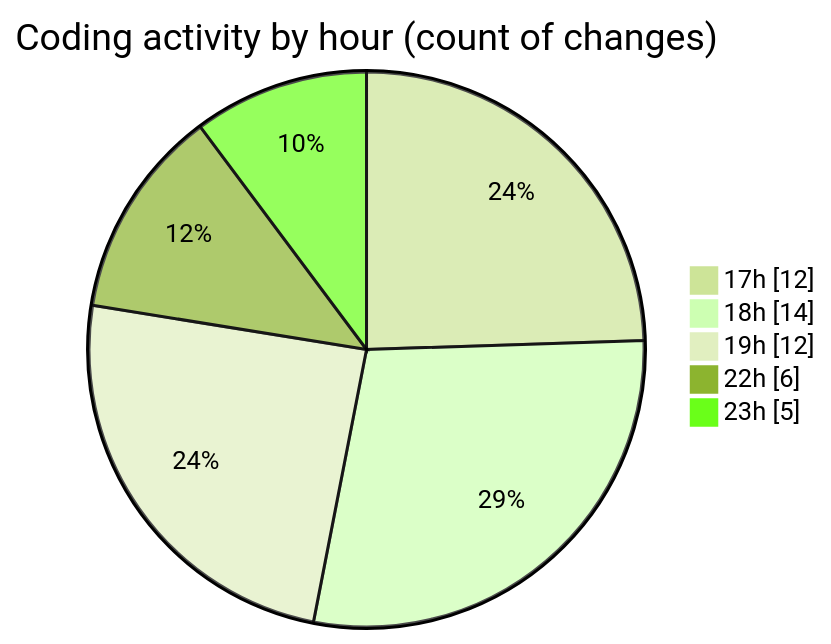
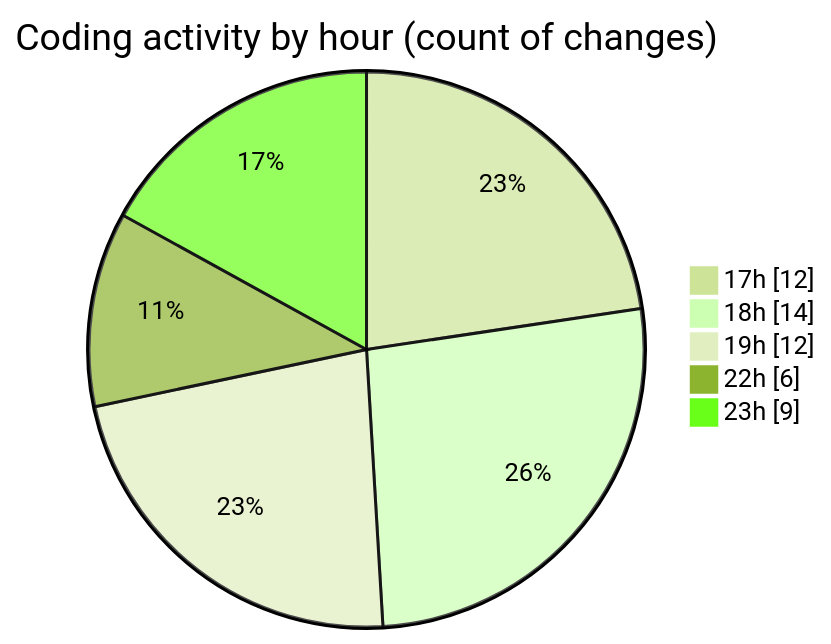
Before and after one commit to donsfak/code-tracking: the second of 2 diagrams in 2025-02-16/uber_clone/README.md, drawn with Mermaid (forest theme). The commit also changed other lines of this file and 1 other file, not shown here.

````diff
--- a/2025-02-16/uber_clone/README.md
+++ b/2025-02-16/uber_clone/README.md
@@ -43,9 +44,9 @@
 ```mermaid
 pie showData
 title Coding activity by hour (count of changes)
 "17h" : 12
 "18h" : 14
 "19h" : 12
 "22h" : 6
-"23h" : 5
+"23h" : 9
 ```
````
